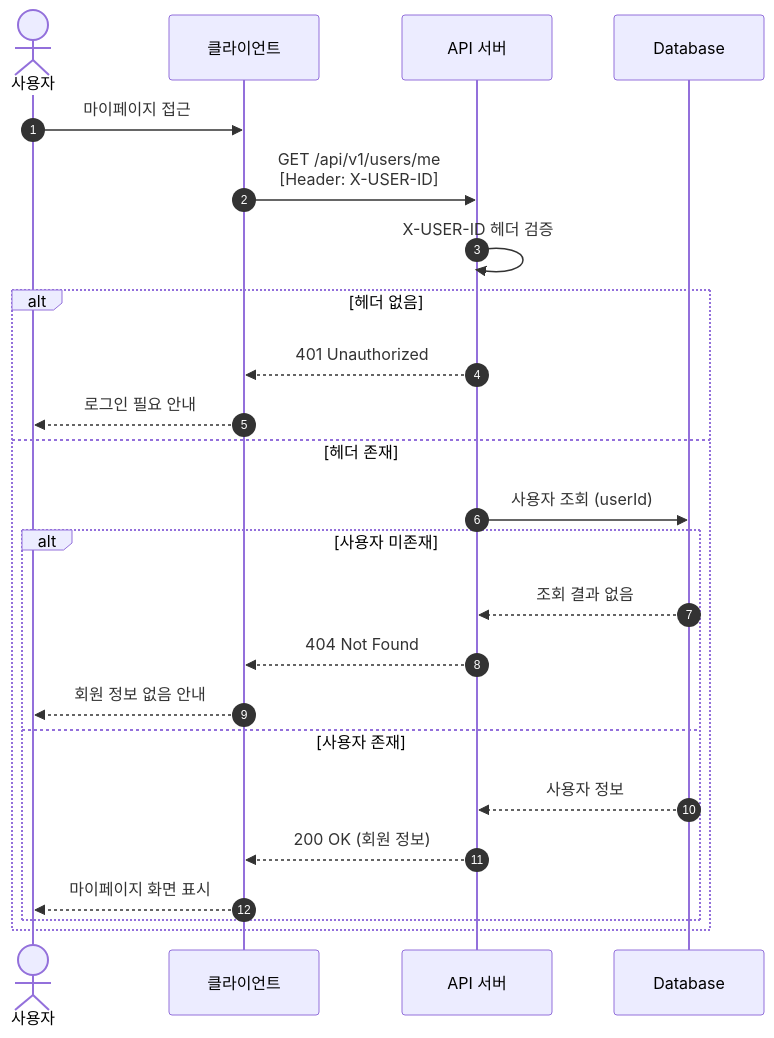
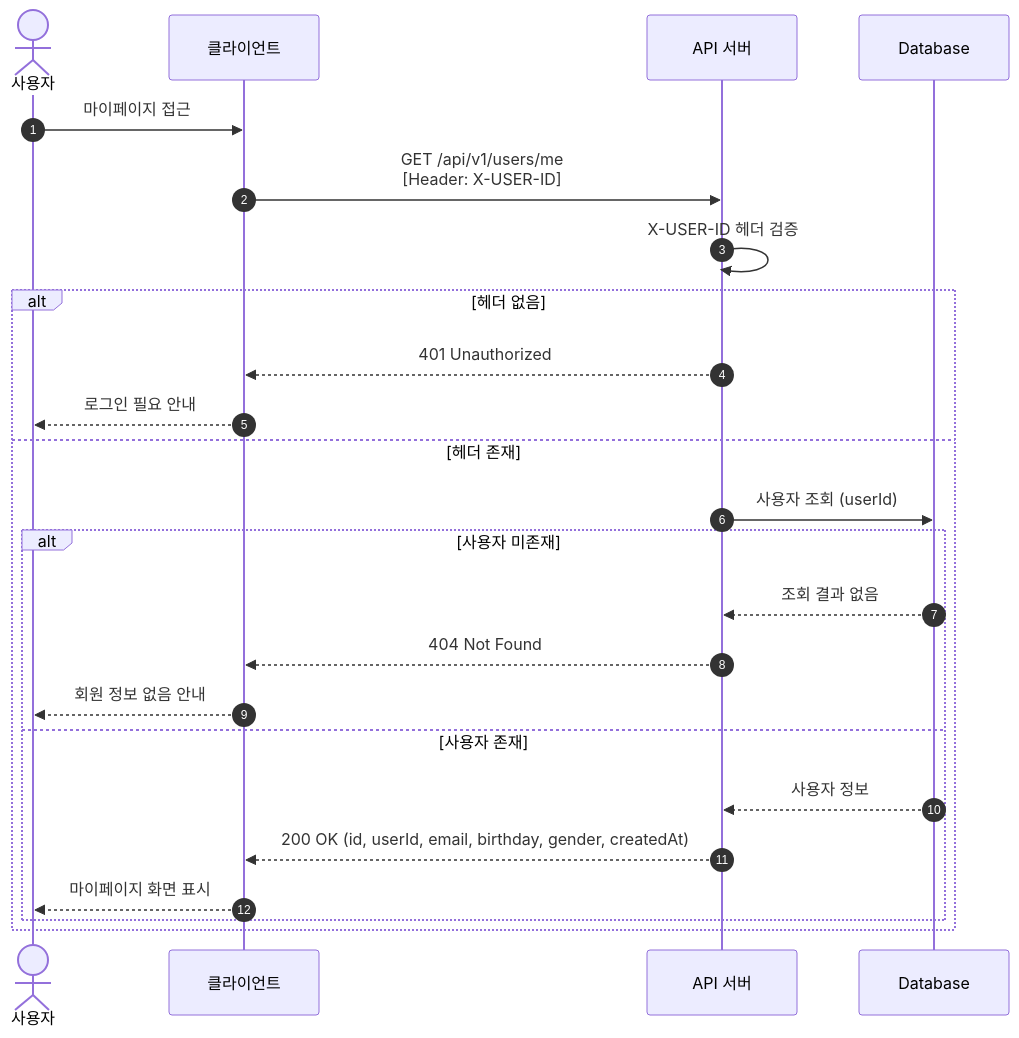
One commit to yht0827/my-commerce changed the second of 13 diagrams in docs/02-sequence-diagrams.md. Above: the diagram before and after it, drawn with Mermaid. The commit also changed other lines of this file and 25 other files, not shown here.

````diff
--- a/docs/02-sequence-diagrams.md
+++ b/docs/02-sequence-diagrams.md
@@ -73,30 +73,30 @@
 ```mermaid
 sequenceDiagram
     autonumber
     actor User as 사용자
     participant Client as 클라이언트
     participant Server as API 서버
     participant DB as Database
 
     User->>Client: 마이페이지 접근
     Client->>Server: GET /api/v1/users/me<br/>[Header: X-USER-ID]
 
     Server->>Server: X-USER-ID 헤더 검증
 
     alt 헤더 없음
         Server-->>Client: 401 Unauthorized
         Client-->>User: 로그인 필요 안내
     else 헤더 존재
         Server->>DB: 사용자 조회 (userId)
 
         alt 사용자 미존재
             DB-->>Server: 조회 결과 없음
             Server-->>Client: 404 Not Found
             Client-->>User: 회원 정보 없음 안내
         else 사용자 존재
             DB-->>Server: 사용자 정보
-            Server-->>Client: 200 OK (회원 정보)
+            Server-->>Client: 200 OK (id, userId, email, birthday, gender, createdAt)
             Client-->>User: 마이페이지 화면 표시
         end
     end
 ```
````
